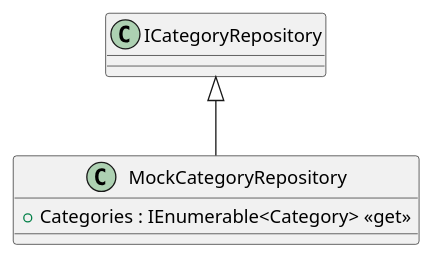
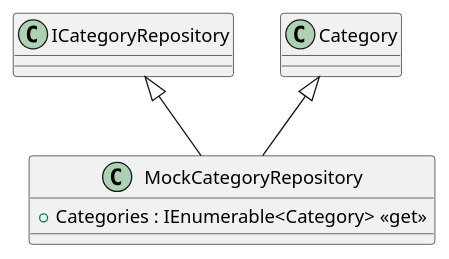
Before and after one commit to daniel2IT/CarAndGoWebApp: the diagram in CarAndGo/Data/mocks/MockCategoryRepository.puml, drawn with PlantUML. The commit also changed 16 other files, not shown here.

```diff
--- a/CarAndGo/Data/mocks/MockCategoryRepository.puml
+++ b/CarAndGo/Data/mocks/MockCategoryRepository.puml
@@ -1,6 +1,7 @@
 @startuml
 class MockCategoryRepository {
     + Categories : IEnumerable<Category> <<get>>
 }
 ICategoryRepository <|-- MockCategoryRepository
+Category <|-- MockCategoryRepository
 @enduml
```
